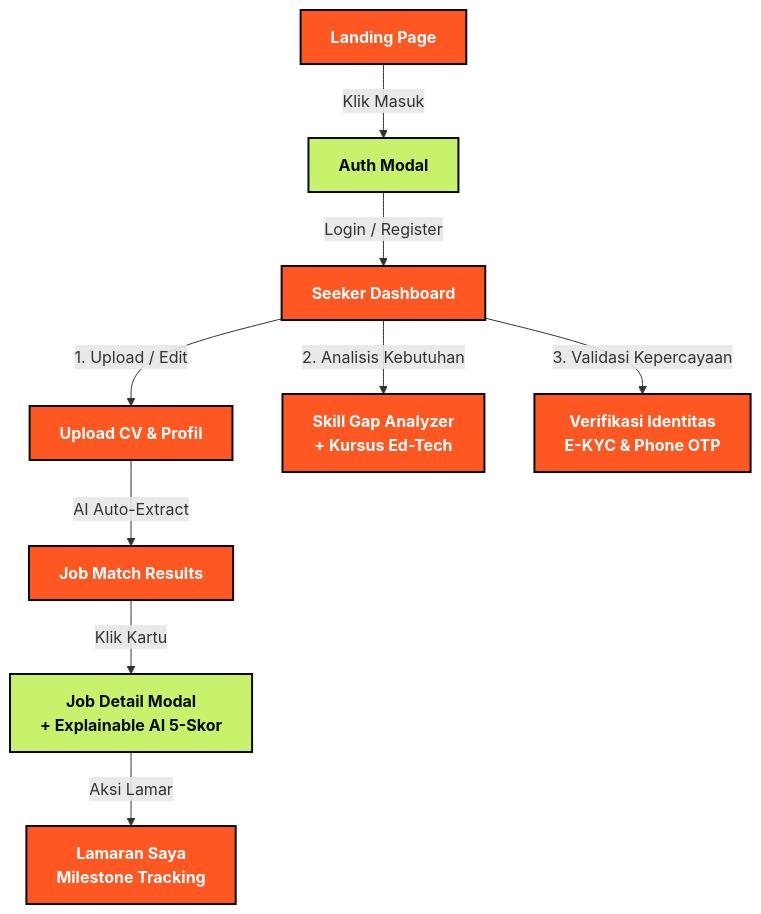
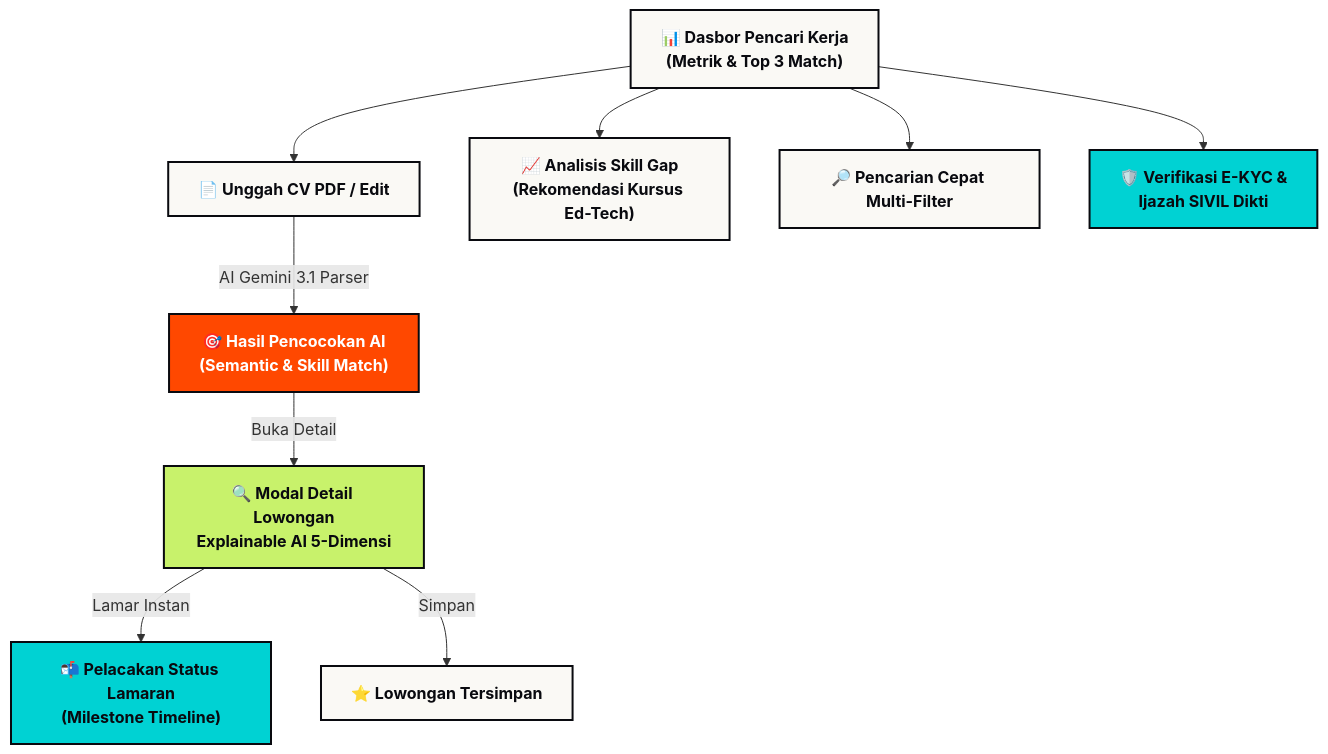
One commit to LouSens/KerjaCerdas changed the second of 5 diagrams in README.md. Above: the diagram before and after it, drawn with Mermaid. The commit also changed other lines of this file, not shown here.

Commit message:
docs: update README with neobrutalism user flow, diagrams, and screenshot showcase

````diff
--- a/README.md
+++ b/README.md
@@ -86,18 +113,18 @@
 ```mermaid
 flowchart TD
-    classDef page fill:#FF5722,stroke:#0B0B0F,stroke-width:2px,color:#fff,font-weight:bold
-    classDef modal fill:#C8F26B,stroke:#0B0B0F,stroke-width:2px,color:#0B0B0F,font-weight:bold
-    classDef action fill:#7AE7F0,stroke:#0B0B0F,stroke-width:2px,color:#0B0B0F,font-weight:bold
+    classDef page fill:#FAF9F5,stroke:#090A0F,stroke-width:2px,color:#090A0F,font-weight:bold
+    classDef ai fill:#FF4800,stroke:#090A0F,stroke-width:2px,color:#fff,font-weight:bold
+    classDef modal fill:#C8F26B,stroke:#090A0F,stroke-width:2px,color:#090A0F,font-weight:bold
+    classDef action fill:#00D2D3,stroke:#090A0F,stroke-width:2px,color:#090A0F,font-weight:bold
 
-    A[Landing Page]:::page -->|Klik Masuk| B[Auth Modal]:::modal
-    B -->|Login / Register| C[Seeker Dashboard]:::page
+    A["📊 Dasbor Pencari Kerja\n(Metrik & Top 3 Match)"]:::page --> B["📄 Unggah CV PDF / Edit"]:::page
+    B -->|AI Gemini 3.1 Parser| C["🎯 Hasil Pencocokan AI\n(Semantic & Skill Match)"]:::ai
     
-    C -->|1. Upload / Edit| D[Upload CV & Profil]:::page
-    D -->|AI Auto-Extract| E[Job Match Results]:::page
+    C -->|Buka Detail| D["🔍 Modal Detail Lowongan\nExplainable AI 5-Dimensi"]:::modal
+    D -->|Lamar Instan| E["📬 Pelacakan Status Lamaran\n(Milestone Timeline)"]:::action
+    D -->|Simpan| F["⭐ Lowongan Tersimpan"]:::page
     
-    E -->|Klik Kartu| F[Job Detail Modal\n+ Explainable AI 5-Skor]:::modal
-    F -->|Aksi Lamar| G[Lamaran Saya\nMilestone Tracking]:::page
-    
-    C -->|2. Analisis Kebutuhan| H[Skill Gap Analyzer\n+ Kursus Ed-Tech]:::page
-    C -->|3. Validasi Kepercayaan| I[Verifikasi Identitas\nE-KYC & Phone OTP]:::page
+    A --> G["📈 Analisis Skill Gap\n(Rekomendasi Kursus Ed-Tech)"]:::page
+    A --> H["🔎 Pencarian Cepat Multi-Filter"]:::page
+    A --> I["🛡️ Verifikasi E-KYC &\nIjazah SIVIL Dikti"]:::action
 ```
````
